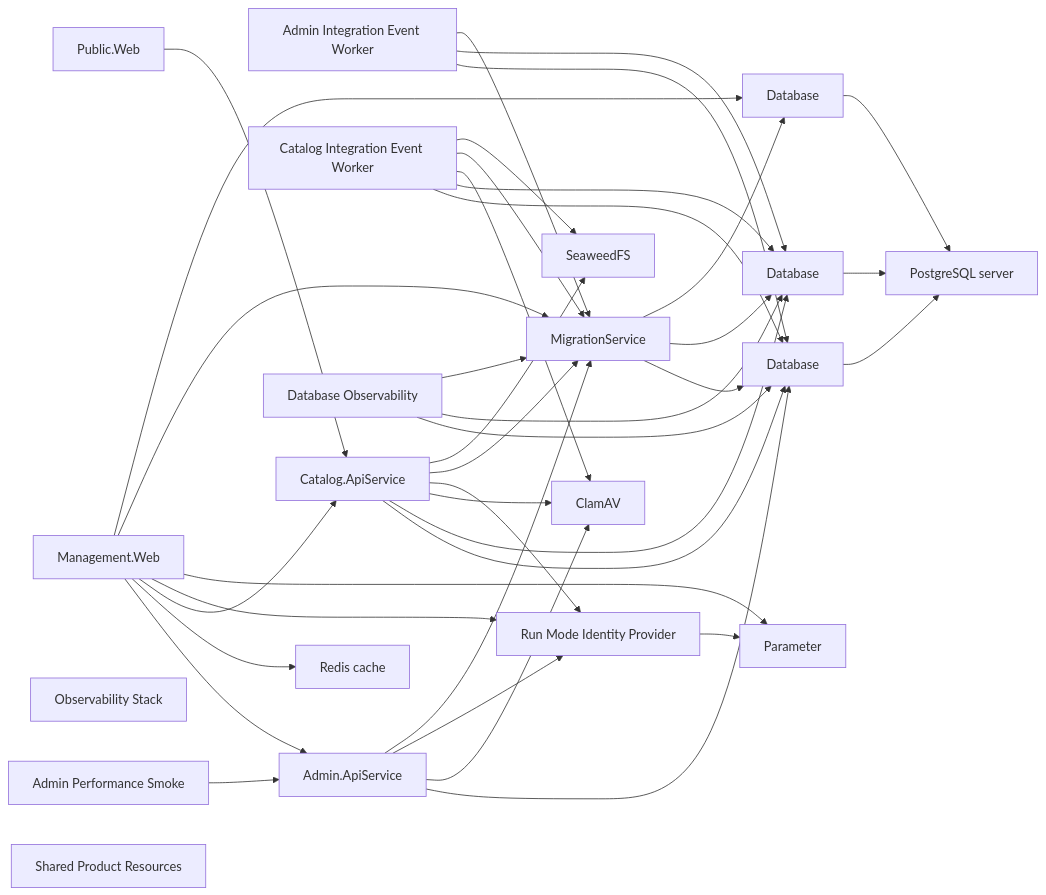
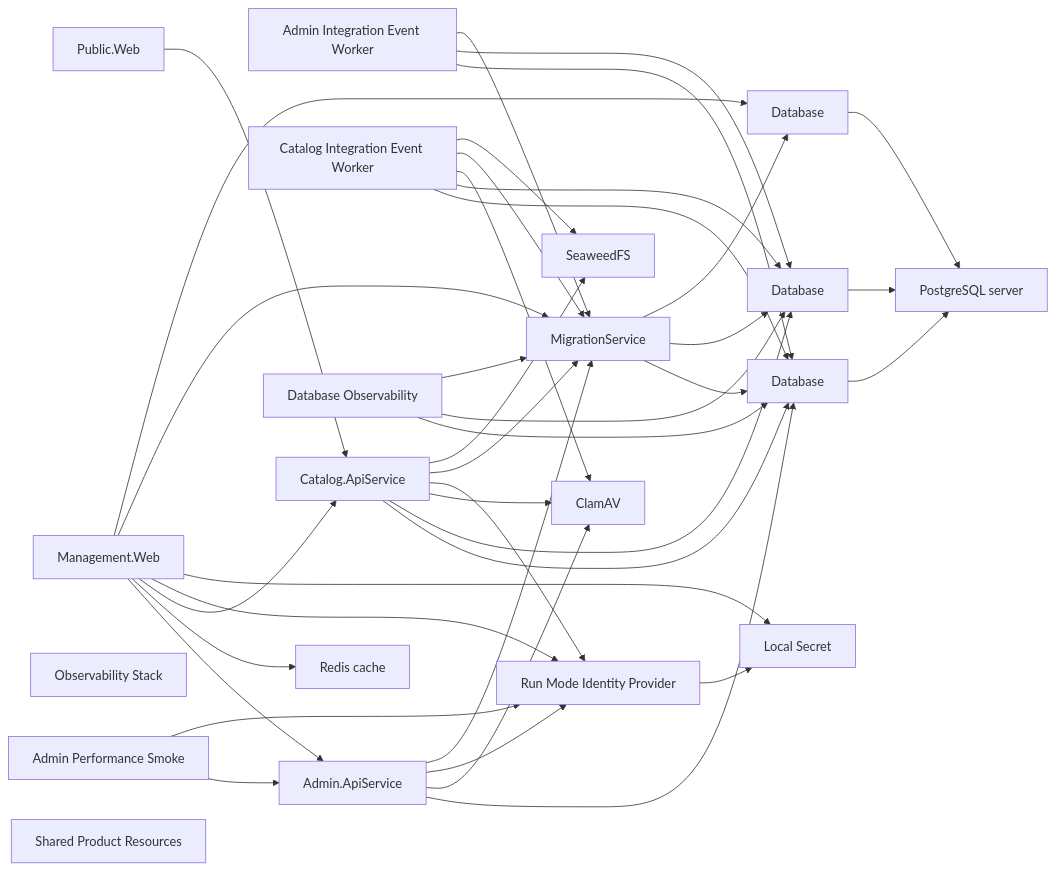
One commit to danigutsch/ViajantesTurismo changed the diagram in docs/architecture/runtime-wiring-and-deployment.md. Above: the diagram before and after it, drawn with Mermaid. The commit also changed 89 other files, not shown here.

````diff
--- a/docs/architecture/runtime-wiring-and-deployment.md
+++ b/docs/architecture/runtime-wiring-and-deployment.md
@@ -21,60 +21,61 @@
 ```mermaid
 flowchart LR
     AdminIntegrationEventWorker[Admin Integration Event Worker]
     AdminPerformanceSmoke[Admin Performance Smoke]
     apiService[Admin.ApiService]
     CatalogIntegrationEventWorker[Catalog Integration Event Worker]
     catalogApiService[Catalog.ApiService]
     clamAv[ClamAV]
     adminDatabase[Database]
     catalogDatabase[Database]
     securityDatabase[Database]
     DatabaseObservability[Database Observability]
+    managementWebClientSecret[Local Secret]
     ManagementWeb[Management.Web]
     migrationService[MigrationService]
     ObservabilityStack[Observability Stack]
-    managementWebClientSecret[Parameter]
     databaseServer[PostgreSQL server]
     PublicWeb[Public.Web]
     cache[Redis cache]
     identityProvider[Run Mode Identity Provider]
     seaweedFs[SeaweedFS]
     SharedProductResources[Shared Product Resources]
     AdminIntegrationEventWorker --> adminDatabase
     AdminIntegrationEventWorker --> catalogDatabase
     AdminIntegrationEventWorker --> migrationService
     AdminPerformanceSmoke --> apiService
+    AdminPerformanceSmoke --> identityProvider
     CatalogIntegrationEventWorker --> adminDatabase
     CatalogIntegrationEventWorker --> catalogDatabase
     CatalogIntegrationEventWorker --> clamAv
     CatalogIntegrationEventWorker --> migrationService
     CatalogIntegrationEventWorker --> seaweedFs
     DatabaseObservability --> adminDatabase
     DatabaseObservability --> catalogDatabase
     DatabaseObservability --> migrationService
     ManagementWeb --> apiService
     ManagementWeb --> cache
     ManagementWeb --> catalogApiService
     ManagementWeb --> identityProvider
     ManagementWeb --> managementWebClientSecret
     ManagementWeb --> migrationService
     ManagementWeb --> securityDatabase
     PublicWeb --> catalogApiService
     adminDatabase --> databaseServer
     apiService --> adminDatabase
     apiService --> clamAv
     apiService --> identityProvider
     apiService --> migrationService
     catalogApiService --> adminDatabase
     catalogApiService --> catalogDatabase
     catalogApiService --> clamAv
     catalogApiService --> identityProvider
     catalogApiService --> migrationService
     catalogApiService --> seaweedFs
     catalogDatabase --> databaseServer
     identityProvider --> managementWebClientSecret
     migrationService --> adminDatabase
     migrationService --> catalogDatabase
     migrationService --> securityDatabase
     securityDatabase --> databaseServer
 ```
````
